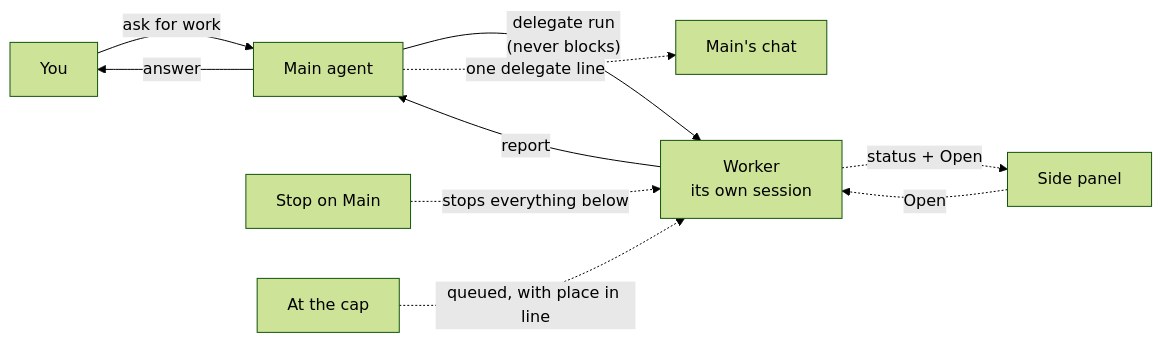
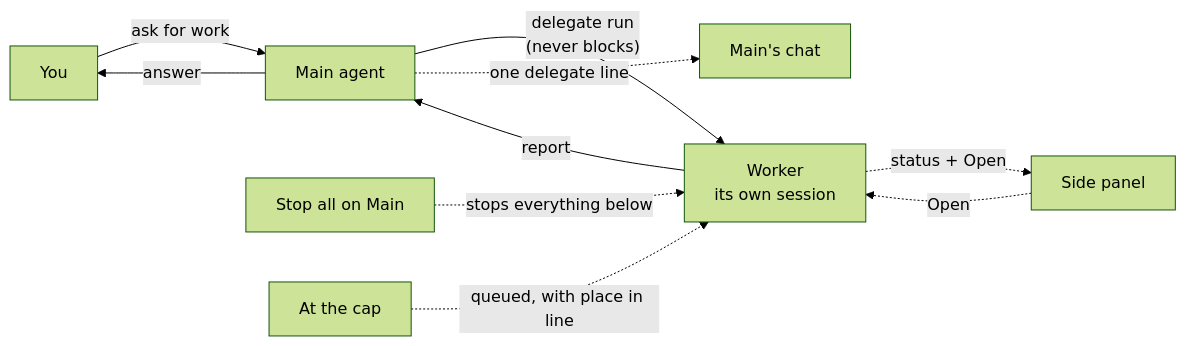
Before and after one commit to elicify-ai/omnipus: the diagram in docs/agents.md, drawn with Mermaid (forest theme). The commit also changed other lines of this file and 15 other files, not shown here.

````diff
--- a/docs/agents.md
+++ b/docs/agents.md
@@ -95,12 +95,12 @@
 ```mermaid
 flowchart LR
   You[You] -->|"ask for work"| Main[Main agent]
   Main -->|"delegate run<br/>(never blocks)"| Worker["Worker<br/>its own session"]
   Worker -->|"report"| Main
   Main -->|"answer"| You
   Main -.->|"one delegate line"| MainChat[Main's chat]
   Worker -.->|"status + Open"| Side[Side panel]
   Side -.->|"Open"| Worker
-  Stop["Stop on Main"] -.->|"stops everything below"| Worker
+  StopAll["Stop all on Main"] -.->|"stops everything below"| Worker
   Queue["At the cap"] -.->|"queued, with place in line"| Worker
 ```
````
